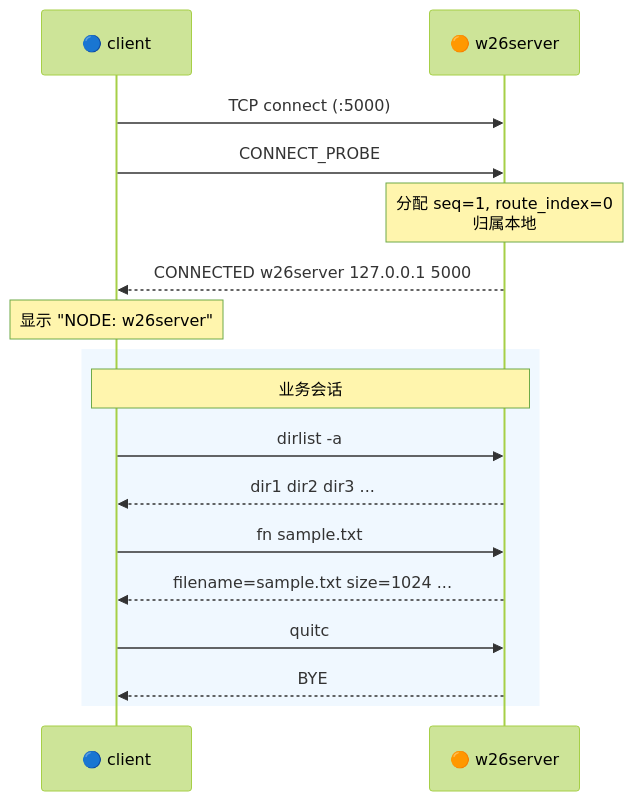
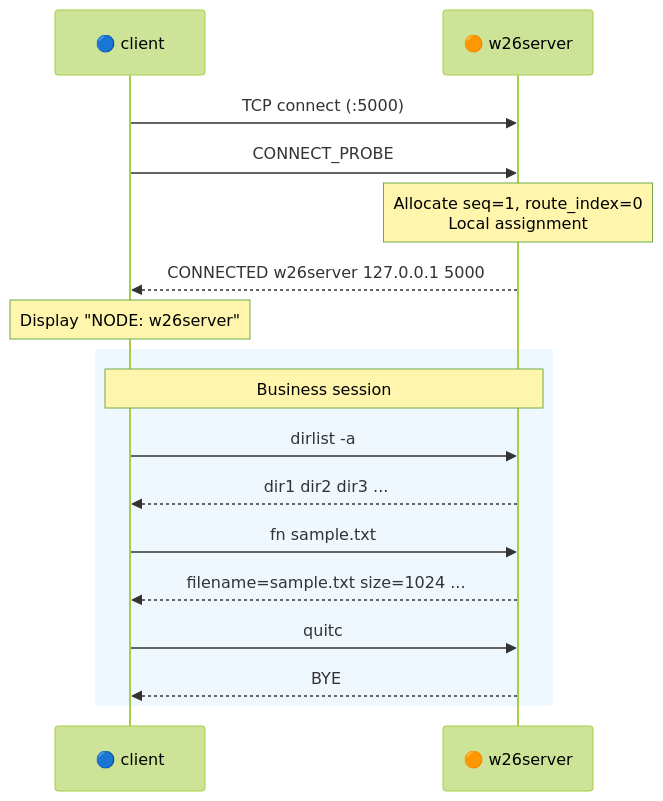
One commit to jianglei919/ASP_Group changed the third of 7 diagrams in README.md. Above: the diagram before and after it, drawn with Mermaid (forest theme). The commit also changed other lines of this file and 1 other file, not shown here.

````diff
--- a/README.md
+++ b/README.md
@@ -114,21 +114,21 @@
 ```mermaid
 sequenceDiagram
     participant C as 🔵 client
     participant W as 🟠 w26server
 
     C->>W: TCP connect (:5000)
     C->>W: CONNECT_PROBE
-    Note over W: 分配 seq=1, route_index=0<br/>归属本地
+    Note over W: Allocate seq=1, route_index=0<br/>Local assignment
     W-->>C: CONNECTED w26server 127.0.0.1 5000
-    Note over C: 显示 "NODE: w26server"
+    Note over C: Display "NODE: w26server"
 
     rect rgb(240, 248, 255)
-        Note over C,W: 业务会话
+        Note over C,W: Business session
         C->>W: dirlist -a
         W-->>C: dir1 dir2 dir3 ...
         C->>W: fn sample.txt
         W-->>C: filename=sample.txt size=1024 ...
         C->>W: quitc
         W-->>C: BYE
     end
 ```
````
